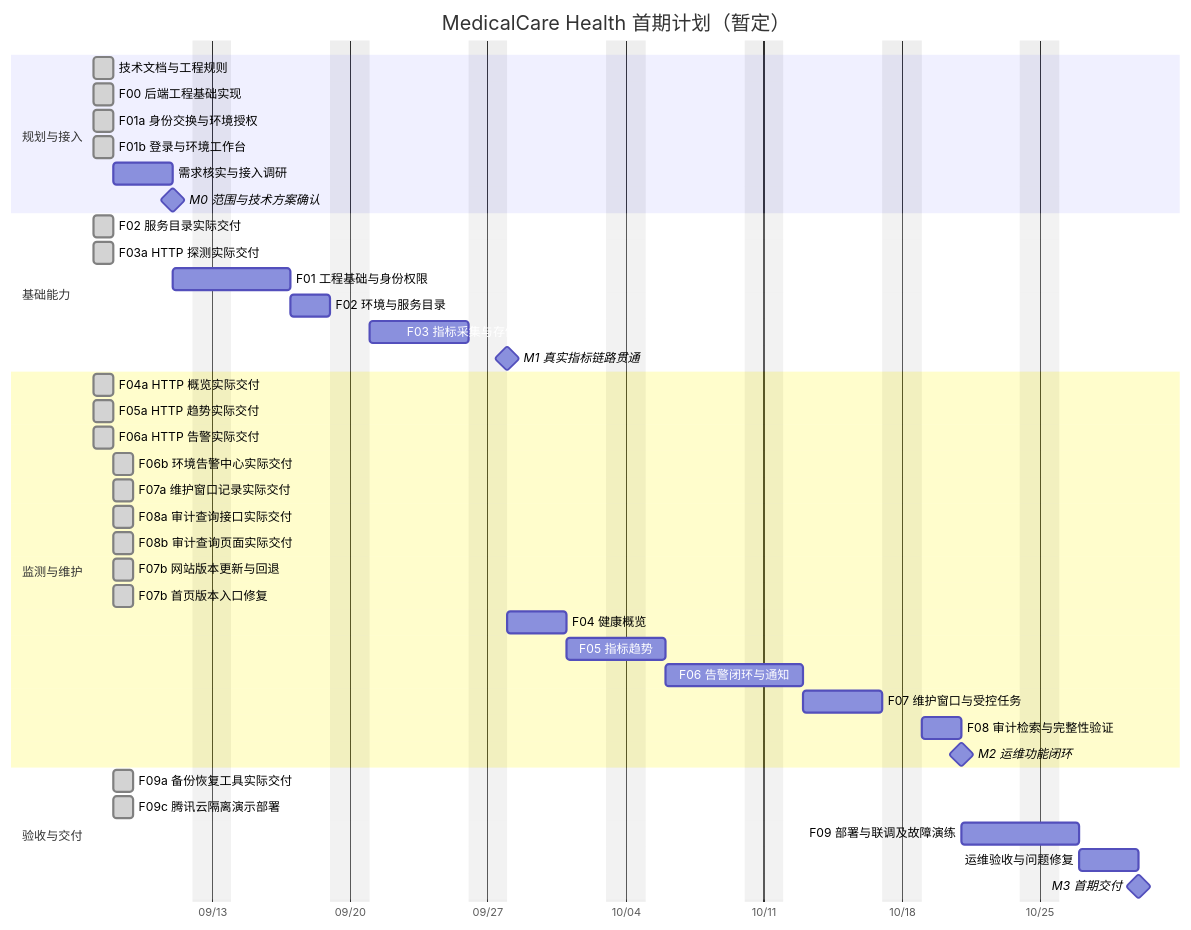
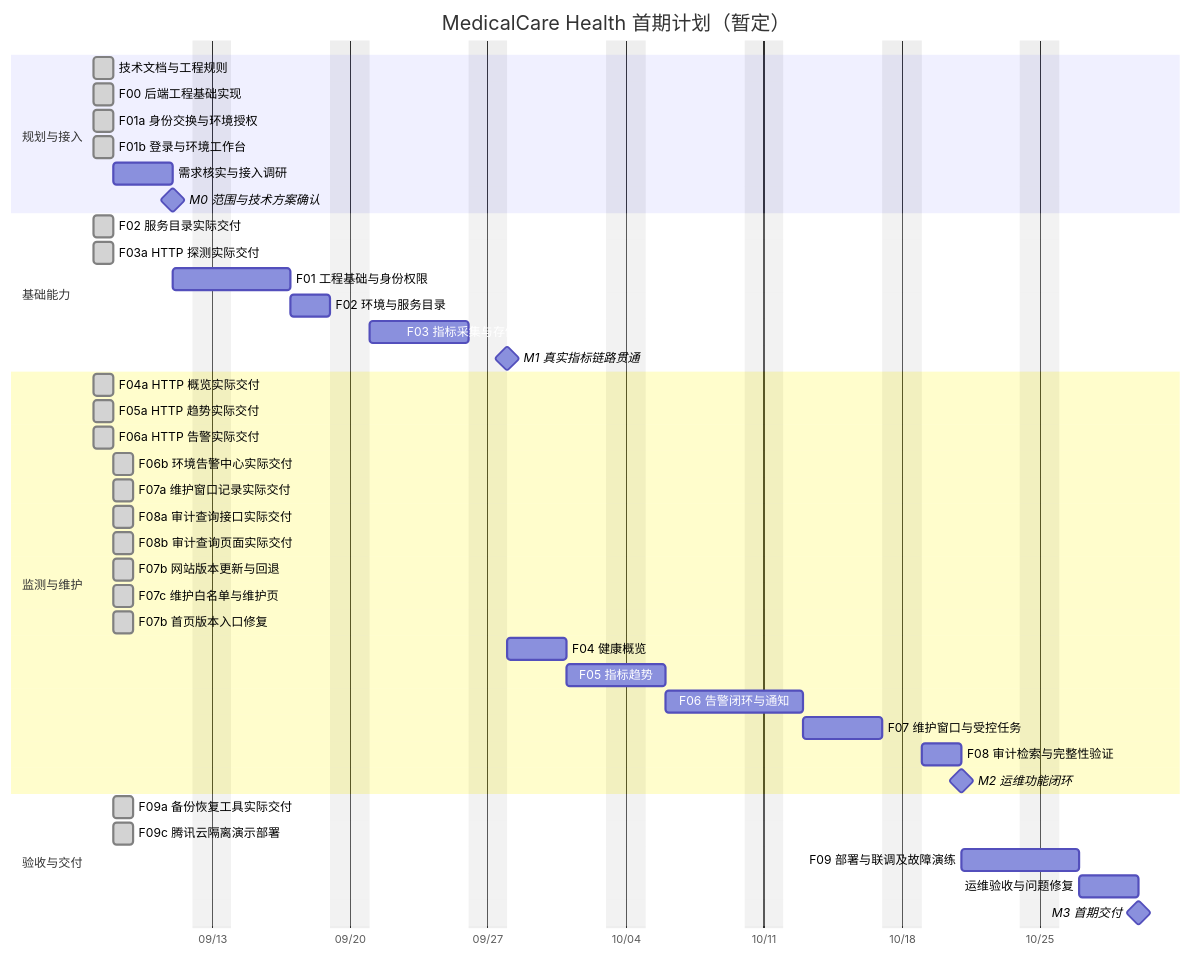
Before and after one commit to lafie-s/MedicalCare_Health: the diagram in docs/project-plan.md, drawn with Mermaid. The commit also changed other lines of this file and 31 other files, not shown here.

````diff
--- a/docs/project-plan.md
+++ b/docs/project-plan.md
@@ -13,43 +13,44 @@
 ```mermaid
 gantt
     title MedicalCare Health 首期计划（暂定）
     dateFormat YYYY-MM-DD
     axisFormat %m/%d
     excludes weekends
     section 规划与接入
     技术文档与工程规则              :done, docs, 2026-09-07, 1d
     F00 后端工程基础实现           :done, f00, 2026-09-07, 1d
     F01a 身份交换与环境授权        :done, f01a, 2026-09-07, 1d
     F01b 登录与环境工作台          :done, f01b, 2026-09-07, 1d
     需求核实与接入调研              :a0, 2026-09-08, 3d
     M0 范围与技术方案确认           :milestone, m0, after a0, 0d
     section 基础能力
     F02 服务目录实际交付           :done, f02actual, 2026-09-07, 1d
     F03a HTTP 探测实际交付         :done, f03actual, 2026-09-07, 1d
     F01 工程基础与身份权限          :a1, after m0, 4d
     F02 环境与服务目录              :a2, after a1, 2d
     F03 指标采集与存储接入          :a3, after a2, 5d
     M1 真实指标链路贯通             :milestone, m1, after a3, 0d
     section 监测与维护
     F04a HTTP 概览实际交付         :done, f04actual, 2026-09-07, 1d
     F05a HTTP 趋势实际交付         :done, f05actual, 2026-09-07, 1d
     F06a HTTP 告警实际交付         :done, f06actual, 2026-09-07, 1d
     F06b 环境告警中心实际交付     :done, f06bactual, 2026-09-08, 1d
     F07a 维护窗口记录实际交付     :done, f07aactual, 2026-09-08, 1d
     F08a 审计查询接口实际交付     :done, f08aactual, 2026-09-08, 1d
     F08b 审计查询页面实际交付     :done, f08bactual, 2026-09-08, 1d
     F07b 网站版本更新与回退       :done, f07bactual, 2026-09-08, 1d
+    F07c 维护白名单与维护页       :done, f07cactual, 2026-09-08, 1d
     F07b 首页版本入口修复         :done, releaseentry, 2026-09-08, 1d
     F04 健康概览                   :a4, after m1, 3d
     F05 指标趋势                   :a5, after a4, 3d
     F06 告警闭环与通知              :a6, after a5, 5d
     F07 维护窗口与受控任务          :a7, after a6, 4d
     F08 审计检索与完整性验证        :a8, after a7, 2d
     M2 运维功能闭环                :milestone, m2, after a8, 0d
     section 验收与交付
     F09a 备份恢复工具实际交付     :done, f09aactual, 2026-09-08, 1d
     F09c 腾讯云隔离演示部署       :done, f09cactual, 2026-09-08, 1d
     F09 部署与联调及故障演练        :a9, after m2, 4d
     运维验收与问题修复              :a10, after a9, 3d
     M3 首期交付                    :milestone, m3, after a10, 0d
 ```
````
